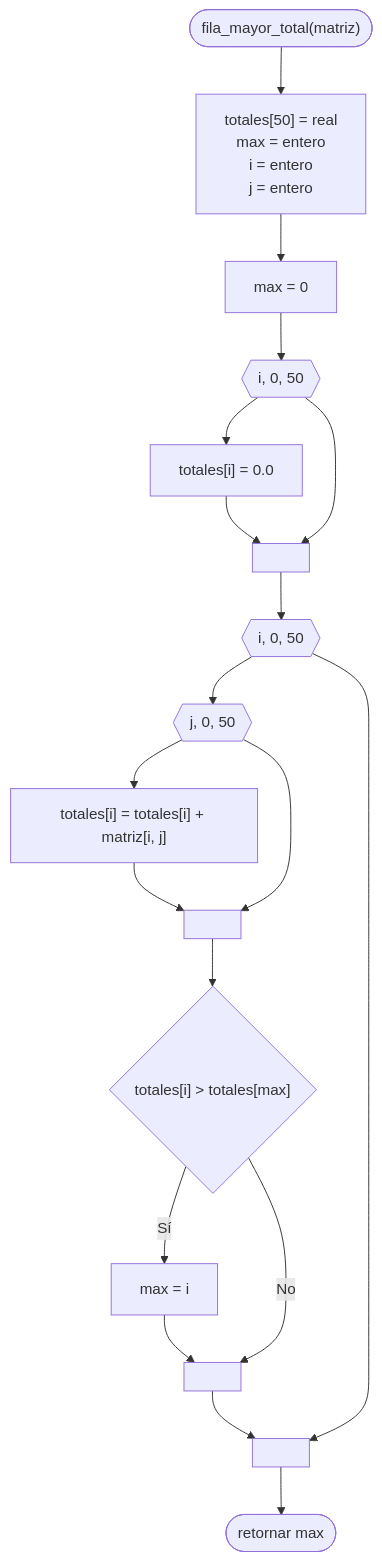
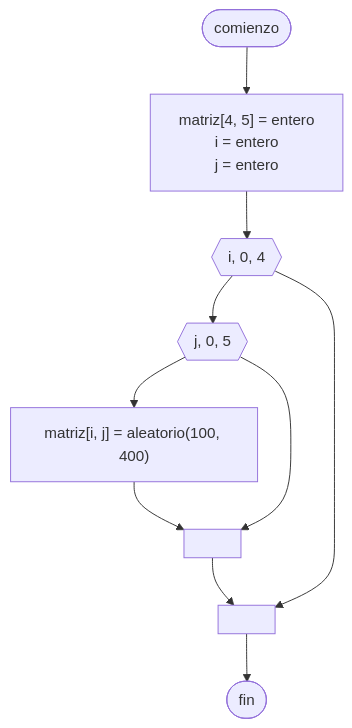
One commit to martinstanicio/ingenieria-en-sistemas changed the diagram in Algoritmos y Estructuras de Datos/Actividades/20240924 - Matriz aleatoria.md. Above: the diagram before and after it, drawn with Mermaid. The commit also changed 1 other file, not shown here.

Commit message:
vault backup: 2024-09-26 22:20:39

````diff
--- a/Algoritmos y Estructuras de Datos/Actividades/20240924 - Matriz aleatoria.md
+++ b/Algoritmos y Estructuras de Datos/Actividades/20240924 - Matriz aleatoria.md
@@ -13,34 +13,21 @@
 ```mermaid
 flowchart TB
-	comienzo(["fila_mayor_total(matriz)"])
+	comienzo([comienzo])
     
-	variables["`totales[50] = real
-	max = entero
+	variables["`matriz[4, 5] = entero
 	i = entero
 	j = entero`"]
-	inicializar["`max = 0`"]
-	for1{{"i, 0, 50"}}
-	totales["totales[i] = 0.0"]
 	
-	for2{{"i, 0, 50"}}
-	for3{{"j, 0, 50"}}
-	acu["totales[i] = totales[i] + matriz[i, j]"]
+	for1{{"i, 0, 4"}}
+	for2{{"j, 0, 5"}}
+	random["matriz[i, j] = aleatorio(100, 400)"]
 	
-	if{"totales[i] > totales[max]"}
-	max["max = i"]
-    
-    fin(["retornar max"])
+	fin([fin])
     
     a[" "]
     b[" "]
-    c[" "]
-    d[" "]
     
-	comienzo --> variables --> inicializar --> for1 --> totales --> a
-	for1 --> a --> for2 --> for3 --> acu --> b
-	for3 --> b --> if
-	if -- "Sí" --> max --> c
-	if -- "No" --> c
-	c --> d
-	for2 --> d --> fin
+	comienzo --> variables --> for1 --> for2 --> random --> a
+	for2 --> a --> b
+	for1 --> b --> fin
 ```
````
